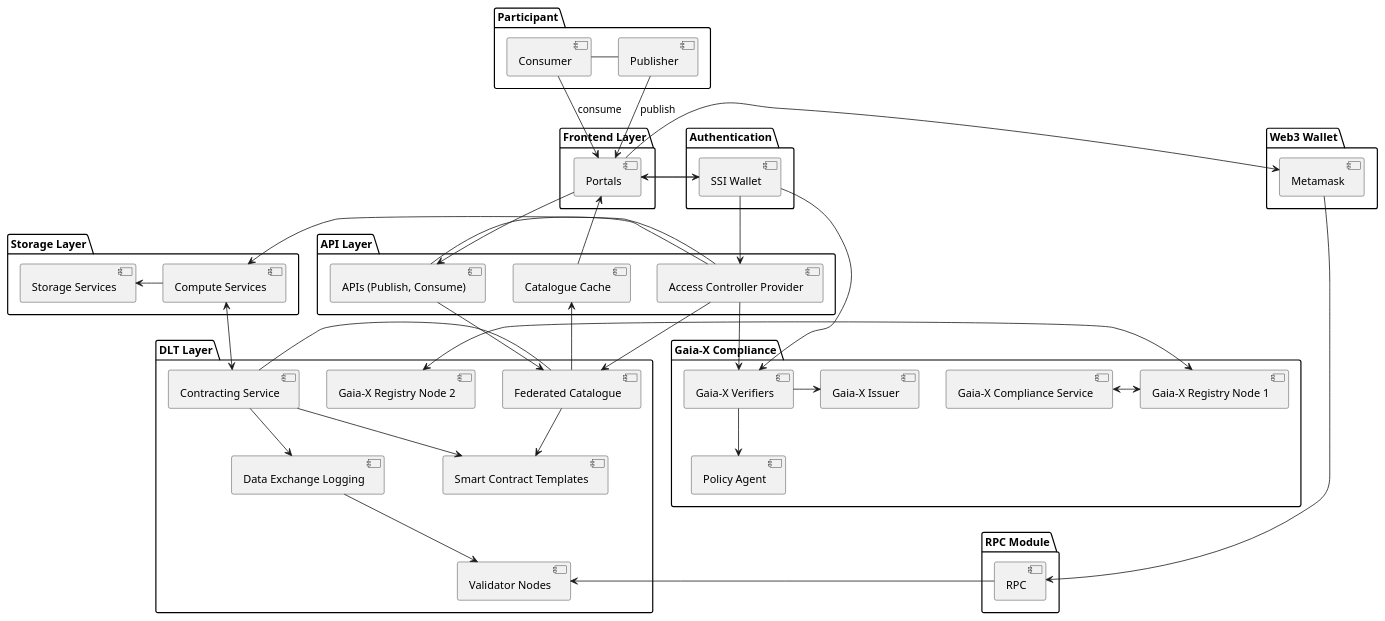
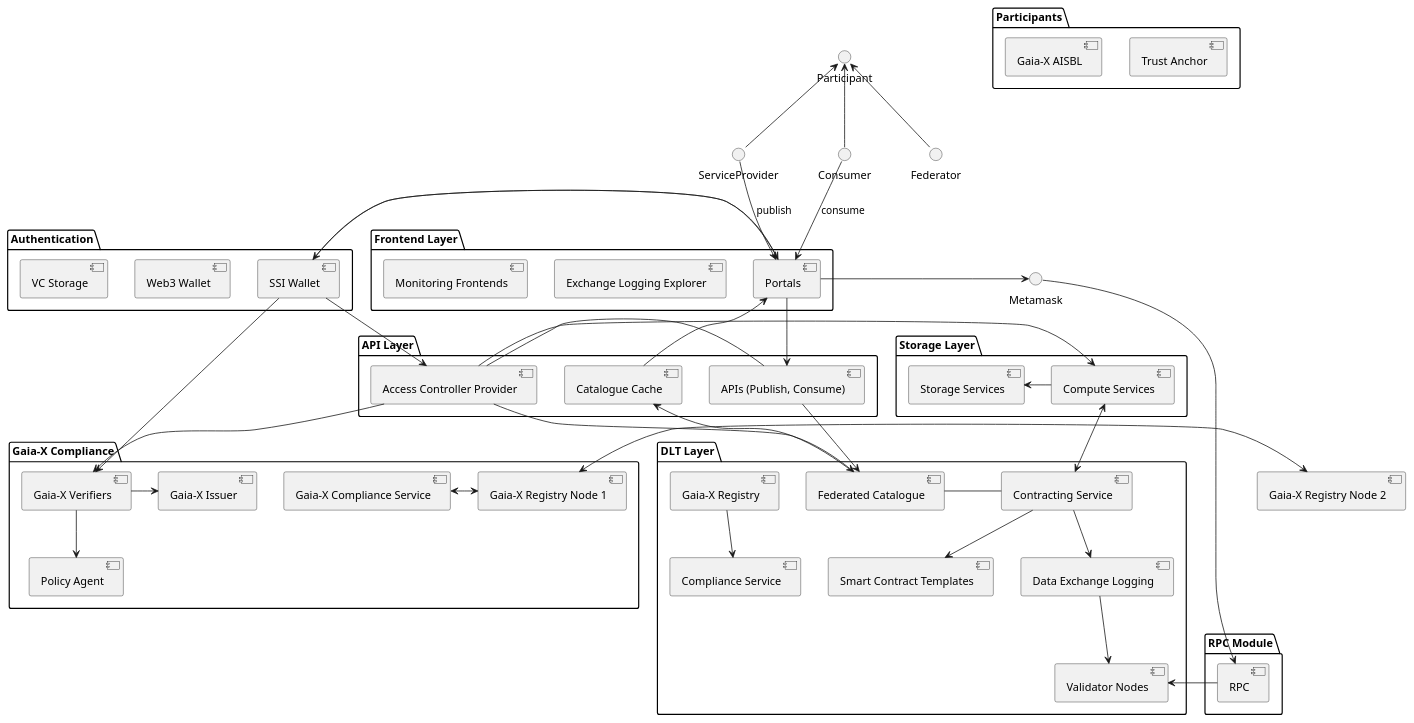
Before and after one commit to deltaDAO/files: the diagram in Architecture Designspace/moveid_portal.puml, drawn with PlantUML. The commit also changed 3 other files, not shown here.

```diff
--- a/Architecture Designspace/moveid_portal.puml
+++ b/Architecture Designspace/moveid_portal.puml
@@ -1,60 +1,66 @@
 @startuml
 top to bottom direction
-package "Participant" {
-  [Consumer] - [Publisher]
+
+Participant <-- ServiceProvider
+Participant <-- Consumer
+Participant <-- Federator
+
+package "Participants" {
+  [Trust Anchor]
+  [Gaia-X AISBL]
 }
 package "Frontend Layer" {
   [Portals]
-}
-package "Web3 Wallet" {
-  [Metamask]
+  [Exchange Logging Explorer]
+  [Monitoring Frontends]
 }
 package "RPC Module" {
   [RPC]
 }
 package "Authentication" {
   [SSI Wallet]
+  [Web3 Wallet]
+  [VC Storage]
 }
 package "API Layer" {
   [APIs (Publish, Consume)] - [Access Controller Provider]
   [Catalogue Cache]
 }
 package "Storage Layer" {
   [Storage Services] <- [Compute Services]
 
 }
 package "DLT Layer" {
   [Contracting Service] - [Federated Catalogue]
   [Contracting Service]-->[Data Exchange Logging]
   [Data Exchange Logging] --> [Validator Nodes]
-  [Federated Catalogue] --> [Smart Contract Templates]
   [Contracting Service] --> [Smart Contract Templates]
-  [Gaia-X Registry Node 2]
+  [Gaia-X Registry] --> [Compliance Service]
+  [Federated Catalogue]
 }
 package "Gaia-X Compliance" {
   [Gaia-X Compliance Service] <-> [Gaia-X Registry Node 1]  
   [Gaia-X Verifiers] --> [Policy Agent]
   [Gaia-X Verifiers]->[Gaia-X Issuer]
 }
 
 Consumer --> Portals : consume
-Publisher --> Portals: publish
+ServiceProvider --> Portals: publish
 Portals -> Metamask
 Metamask --> RPC
 [Validator Nodes] <- RPC
 Portals -> [SSI Wallet]
 [SSI Wallet] -> [Access Controller Provider]
 [SSI Wallet] -> Portals
 Portals <-- [Catalogue Cache]
 Portals --> [APIs (Publish, Consume)]
 [APIs (Publish, Consume)] --> [Federated Catalogue]
 [Federated Catalogue] --> [Catalogue Cache]
 [Access Controller Provider]->[Compute Services]
 [Access Controller Provider]-->[Federated Catalogue]
 [Access Controller Provider] --> [Gaia-X Verifiers]
 [SSI Wallet] --> [Gaia-X Verifiers]
 [Gaia-X Registry Node 1] <-> [Gaia-X Registry Node 2]
 [Compute Services] <--> [Contracting Service]
 
-
 @enduml
```
